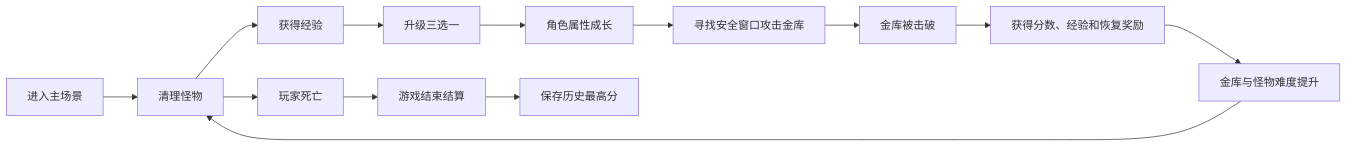
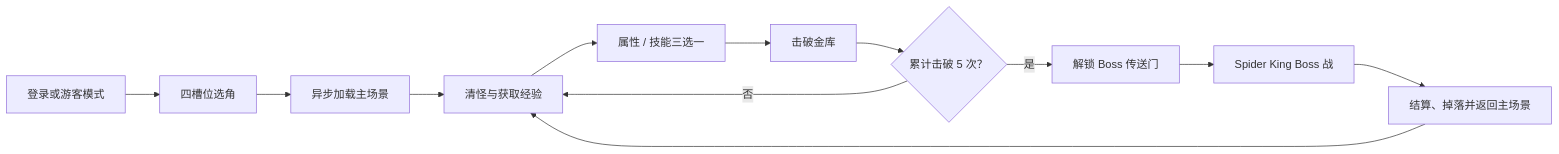
The first of 3 diagrams in README.md (forrsine/Treasure-Hunter), drawn with Mermaid before and after one commit. The commit also changed other lines of this file and 139 other files, not shown here.

````diff
--- a/README.md
+++ b/README.md
@@ -57,15 +43,14 @@
 ```mermaid
 flowchart LR
-    A["进入主场景"] --> B["清理怪物"]
-    B --> C["获得经验"]
-    C --> D["升级三选一"]
-    D --> E["角色属性成长"]
-    E --> F["寻找安全窗口攻击金库"]
-    F --> G["金库被击破"]
-    G --> H["获得分数、经验和恢复奖励"]
-    H --> I["金库与怪物难度提升"]
-    I --> B
-    B --> J["玩家死亡"]
-    J --> K["游戏结束结算"]
-    K --> L["保存历史最高分"]
+    A["登录或游客模式"] --> B["四槽位选角"]
+    B --> C["异步加载主场景"]
+    C --> D["清怪与获取经验"]
+    D --> E["属性 / 技能三选一"]
+    E --> F["击破金库"]
+    F --> G{"累计击破 5 次？"}
+    G -->|否| D
+    G -->|是| H["解锁 Boss 传送门"]
+    H --> I["Spider King Boss 战"]
+    I --> J["结算、掉落并返回主场景"]
+    J --> D
 ```
````
